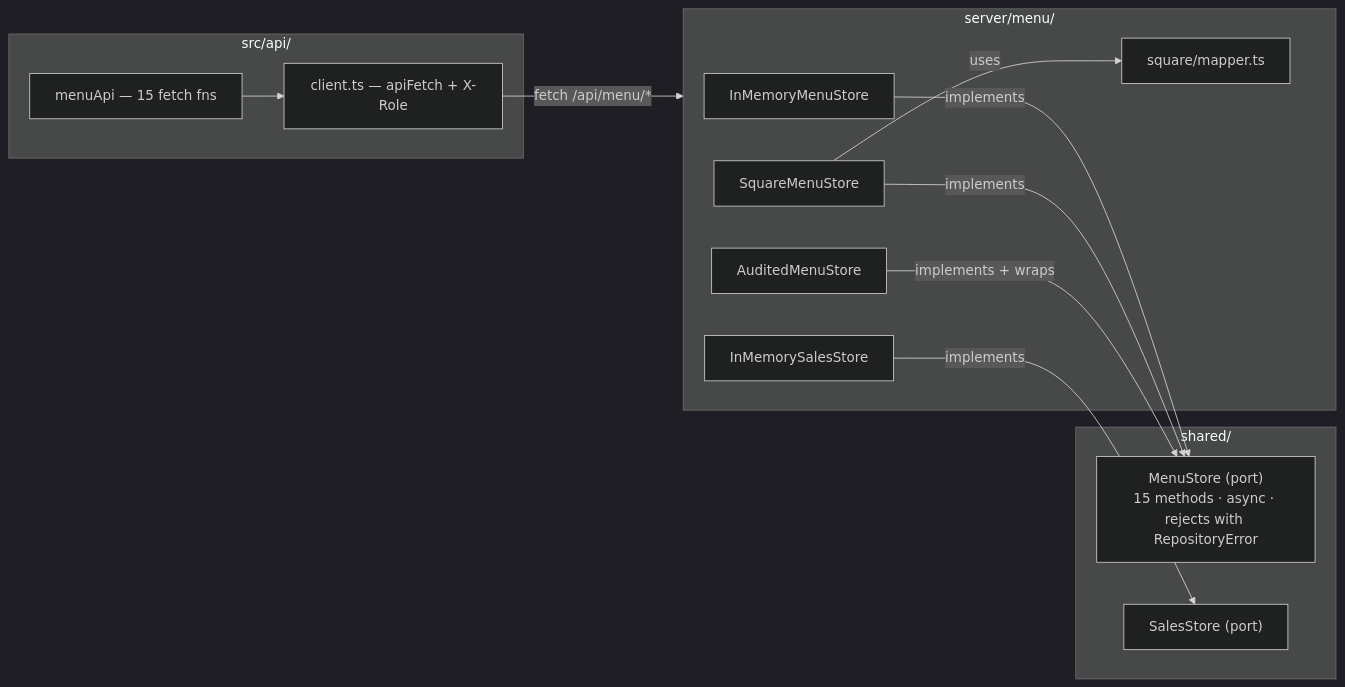
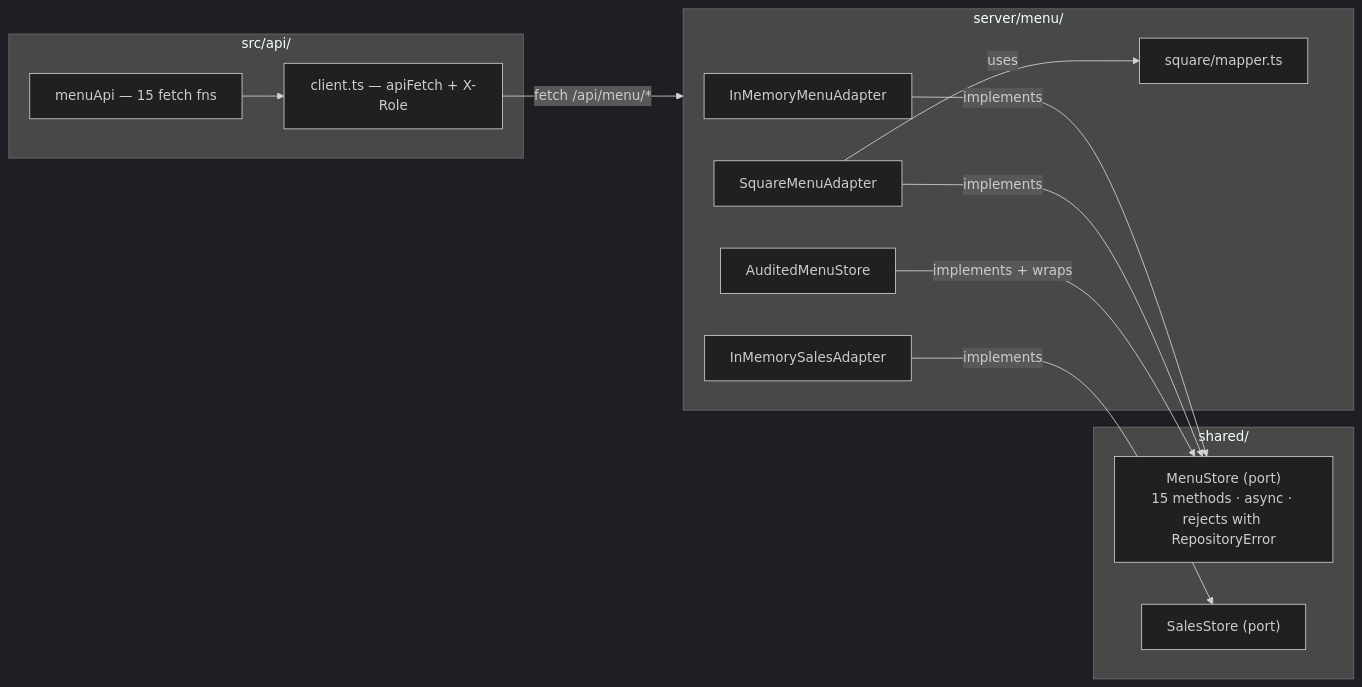
The fourth of 5 diagrams in ARCHITECTURE.md (daniel-citrus/CapheVietPOS), drawn with Mermaid (dark theme) before and after one commit. The commit also changed other lines of this file and 14 other files, not shown here.

First line of the commit message:
refactor: name store impls *Adapter, route plugins *Router

````diff
--- a/ARCHITECTURE.md
+++ b/ARCHITECTURE.md
@@ -218,20 +218,20 @@
 ```mermaid
 flowchart LR
   subgraph SHARED["shared/"]
     PORT["MenuStore (port)<br/>15 methods · async · rejects with RepositoryError"]
     SS["SalesStore (port)"]
   end
   subgraph CLIENT["src/api/"]
     MA["menuApi — 15 fetch fns"]
     CL["client.ts — apiFetch + X-Role"]
     MA --> CL
   end
   subgraph SERVER["server/menu/"]
-    MEM["InMemoryMenuStore"] -->|implements| PORT
-    SQ["SquareMenuStore"] -->|implements| PORT
+    MEM["InMemoryMenuAdapter"] -->|implements| PORT
+    SQ["SquareMenuAdapter"] -->|implements| PORT
     AUD["AuditedMenuStore"] -->|"implements + wraps"| PORT
-    MEMS["InMemorySalesStore"] -->|implements| SS
+    MEMS["InMemorySalesAdapter"] -->|implements| SS
     SQ -->|uses| MAP["square/mapper.ts"]
   end
   CL -->|"fetch /api/menu/*"| SERVER
 ```
````
